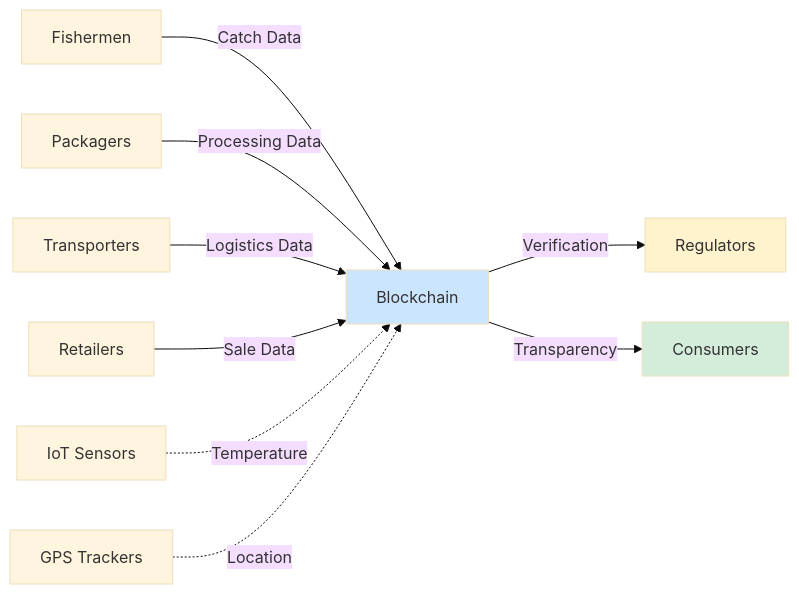
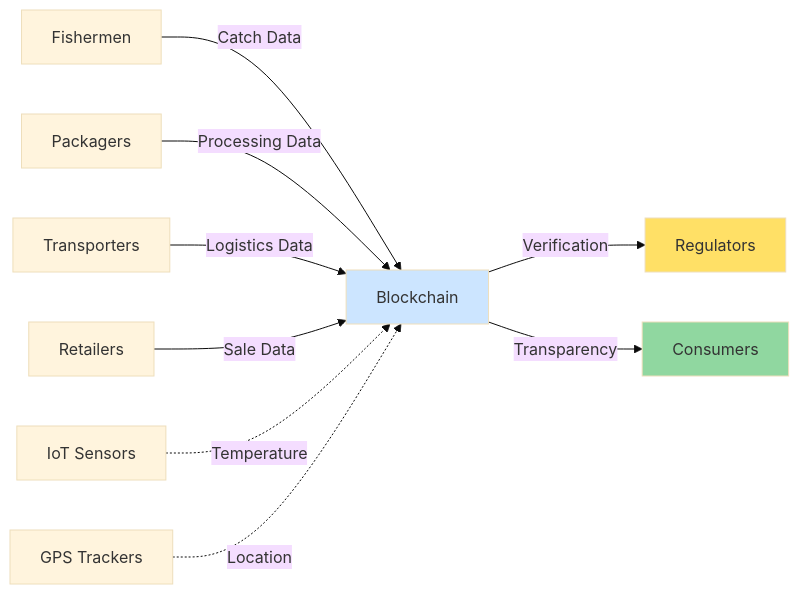
Diagram 12 of 23 in Industry/Blockchain/Blockchain/ValueChain/QA_MistralAI.md (ljg-cqu/knowledge), drawn with Mermaid (base theme) before and after one commit. The commit also changed other lines of this file and 6 other files, not shown here.

````diff
--- a/Industry/Blockchain/Blockchain/ValueChain/QA_MistralAI.md
+++ b/Industry/Blockchain/Blockchain/ValueChain/QA_MistralAI.md
@@ -935,17 +935,17 @@
 ```mermaid
 graph LR
     A[Fishermen] -->|Catch Data| B[Blockchain]
     C[Packagers] -->|Processing Data| B
     D[Transporters] -->|Logistics Data| B
     E[Retailers] -->|Sale Data| B
     
     B -->|Verification| F[Regulators]
     B -->|Transparency| G[Consumers]
     
     H[IoT Sensors] -.->|Temperature| B
     I[GPS Trackers] -.->|Location| B
     
     style B fill:#cce5ff
-    style F fill:#fff3cd
-    style G fill:#d4edda
+    style F fill:#ffe066
+    style G fill:#90d7a0
 ```
````
